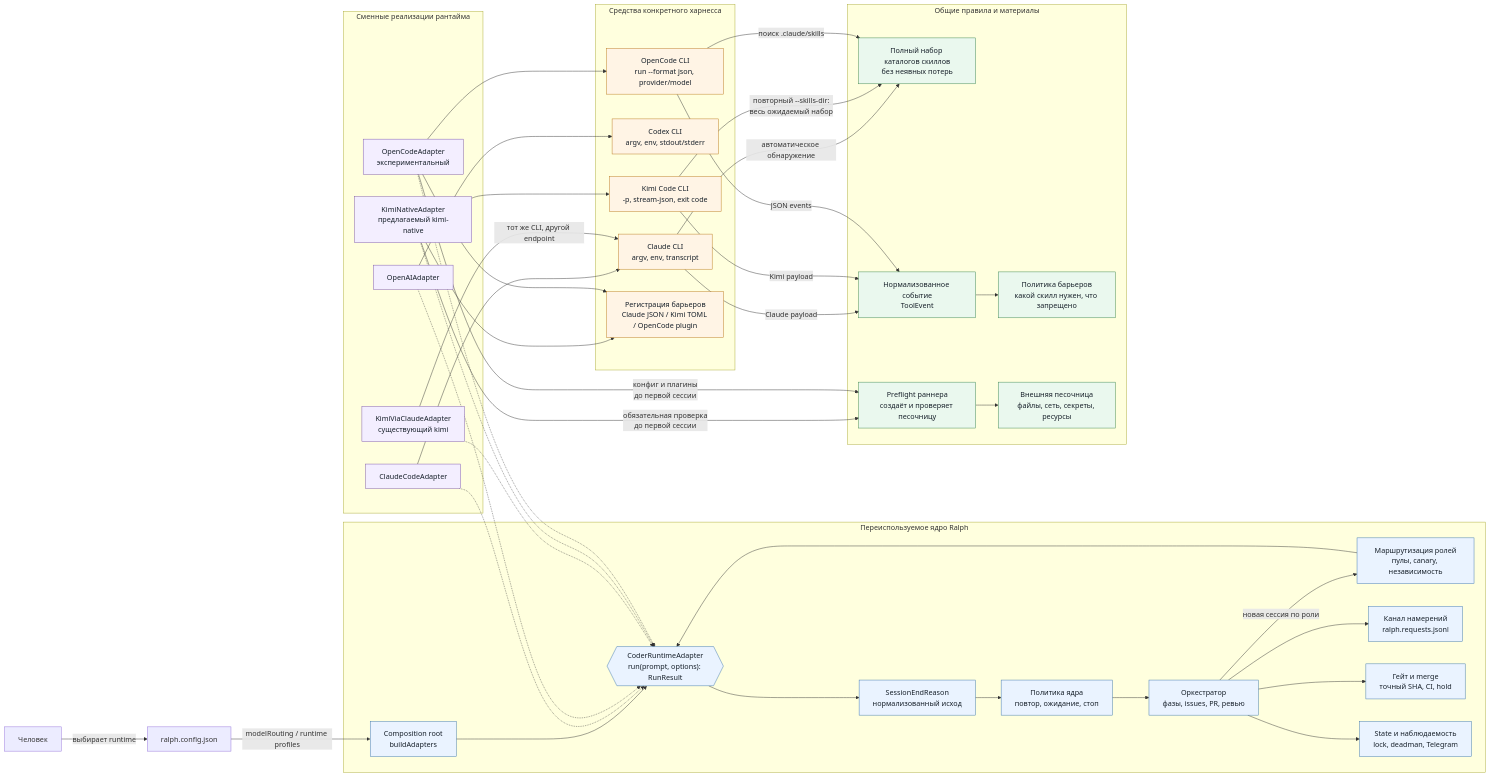
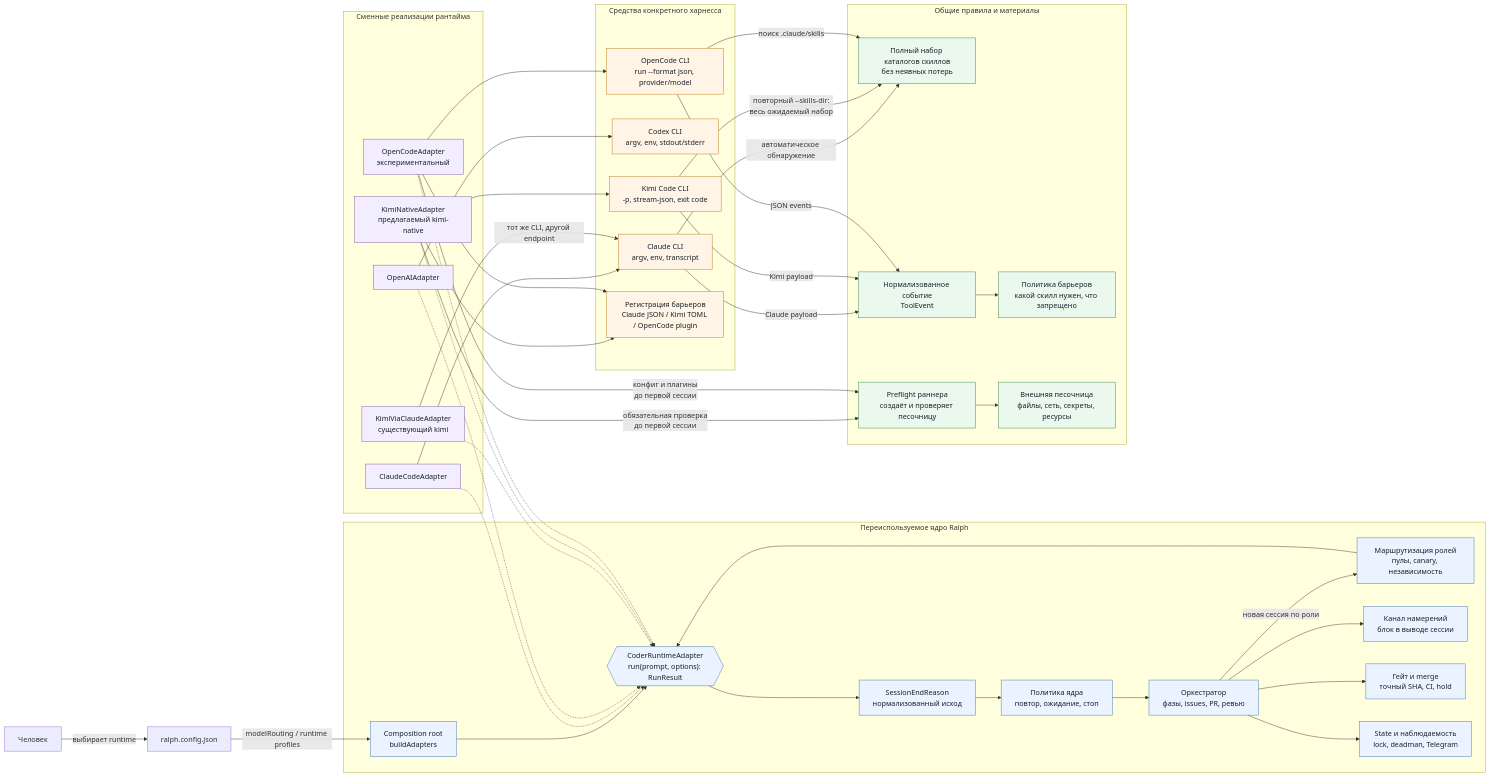
Before and after one commit to Pelmenya/ralph: the diagram in docs/harness-adapters.md, drawn with Mermaid. The commit also changed other lines of this file and 43 other files, not shown here.

First line of the commit message:
feat: Ralph · Ф16: исход сессии и рантаймы (!54)

```diff
--- a/docs/harness-adapters.md
+++ b/docs/harness-adapters.md
@@ -16,7 +16,7 @@
         Runtime{{"CoderRuntimeAdapter<br/>run(prompt, options): RunResult"}}
         EndReason["SessionEndReason<br/>нормализованный исход"]
         RetryPolicy["Политика ядра<br/>повтор, ожидание, стоп"]
-        Requests["Канал намерений<br/>ralph.requests.jsonl"]
+        Requests["Канал намерений<br/>блок в выводе сессии"]
         Gate["Гейт и merge<br/>точный SHA, CI, hold"]
         State["State и наблюдаемость<br/>lock, deadman, Telegram"]
 
```
